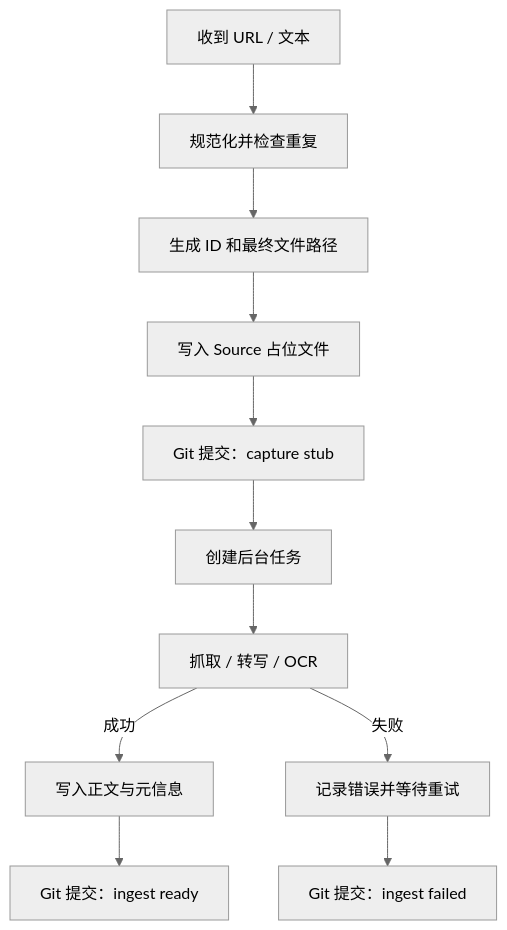
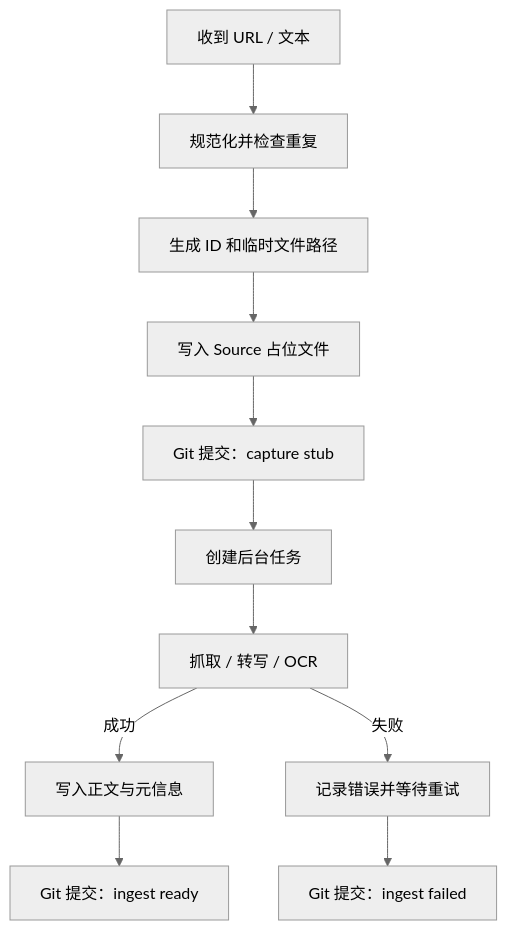
The diagram in specifications/capture-workflow.md (TTtrace/knowledge-vault-blueprint), drawn with Mermaid (neutral theme) before and after one commit. The commit also changed other lines of this file and 19 other files, not shown here.

````diff
--- a/specifications/capture-workflow.md
+++ b/specifications/capture-workflow.md
@@ -16,13 +16,13 @@
 ```mermaid
 flowchart TD
     A["收到 URL / 文本"] --> B["规范化并检查重复"]
-    B --> C["生成 ID 和最终文件路径"]
+    B --> C["生成 ID 和临时文件路径"]
     C --> D["写入 Source 占位文件"]
     D --> E["Git 提交：capture stub"]
     E --> F["创建后台任务"]
     F --> G["抓取 / 转写 / OCR"]
     G -->|成功| H["写入正文与元信息"]
     G -->|失败| I["记录错误并等待重试"]
     H --> J["Git 提交：ingest ready"]
     I --> K["Git 提交：ingest failed"]
 ```
````
